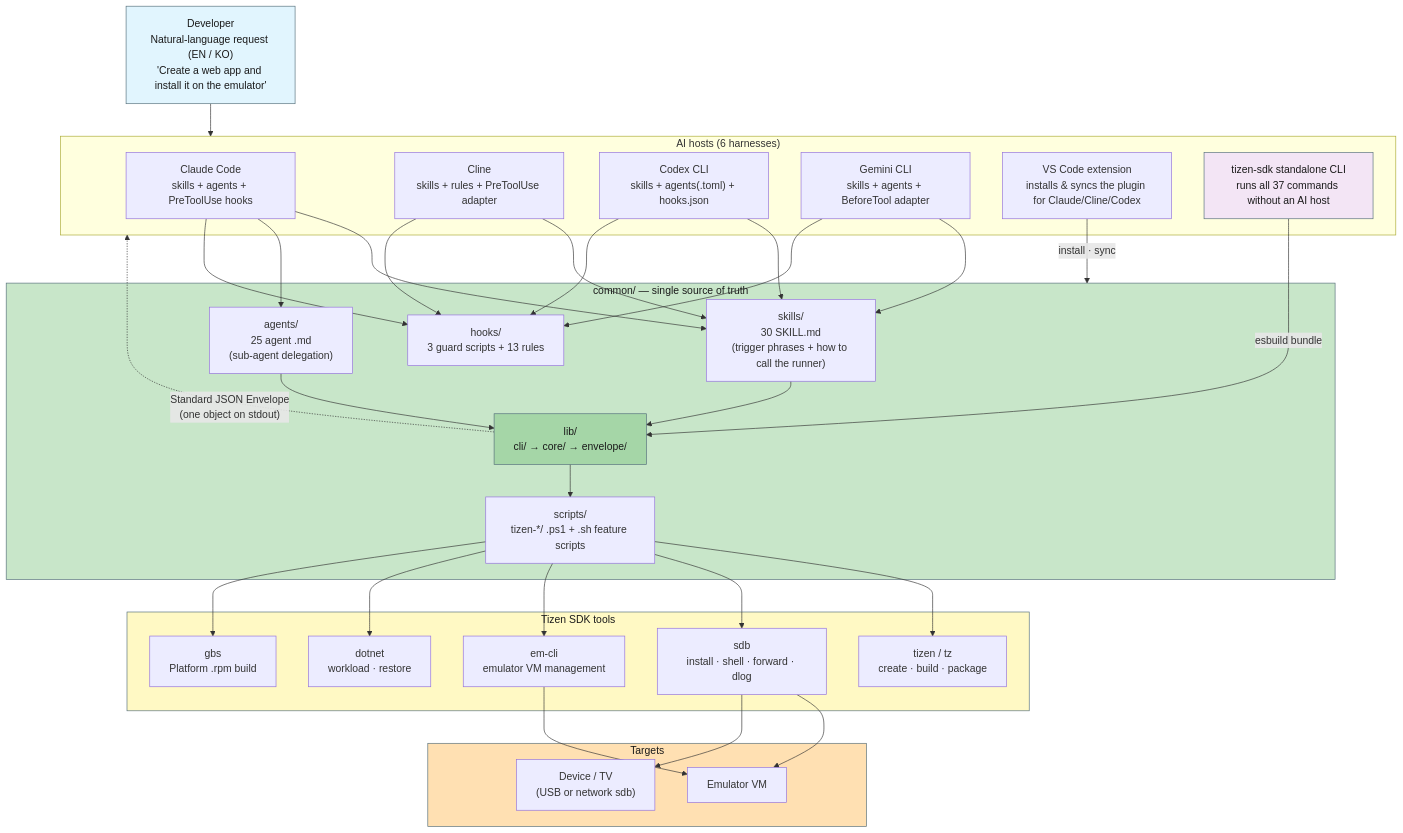
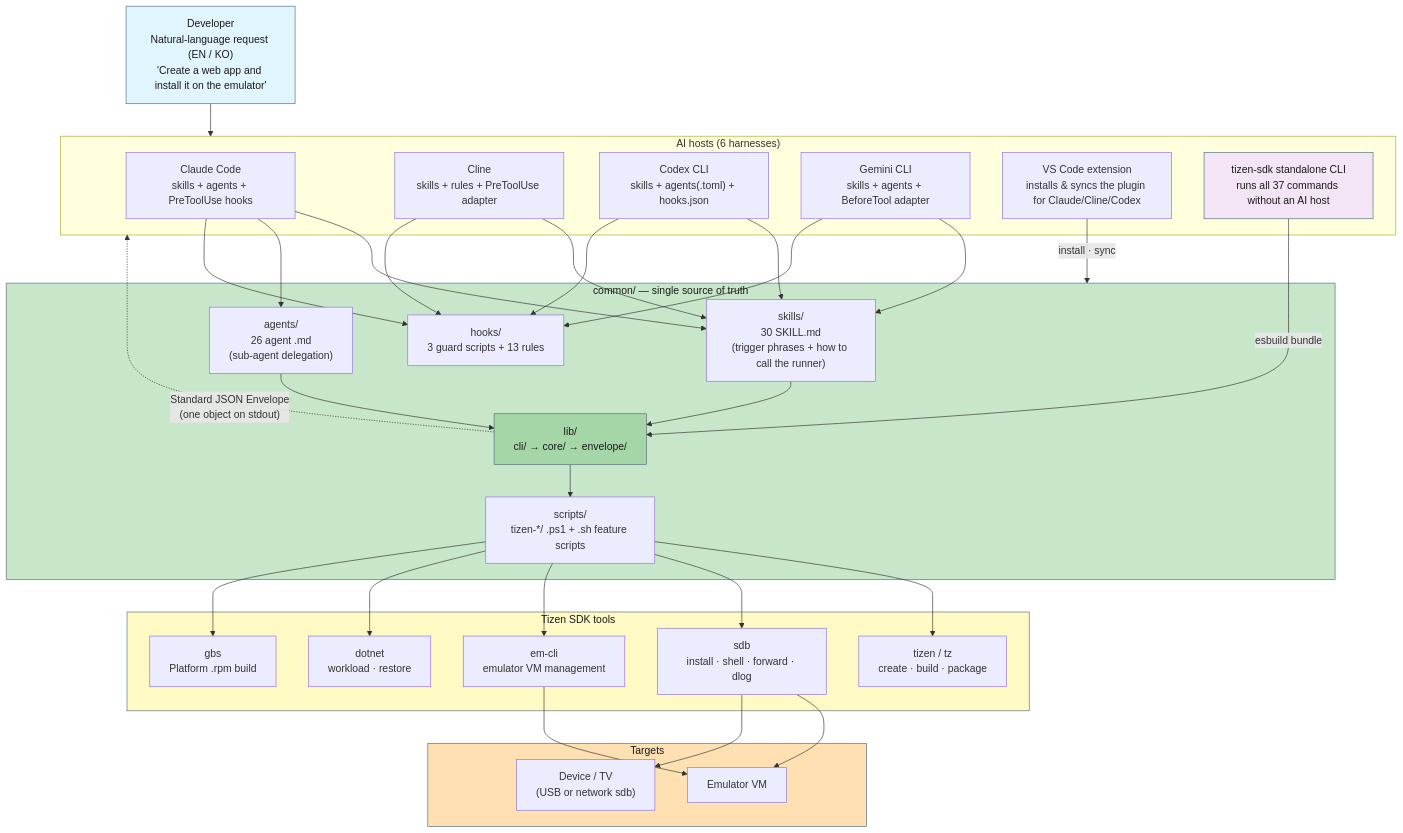
One commit to Samsung/tizen-agent-skills changed the first of 10 diagrams in tizen-sdk-skills/docs/ARCHITECTURE_DIAGRAMS.en.md. Above: the diagram before and after it, drawn with Mermaid. The commit also changed other lines of this file and 17 other files, not shown here.

````diff
--- a/tizen-sdk-skills/docs/ARCHITECTURE_DIAGRAMS.en.md
+++ b/tizen-sdk-skills/docs/ARCHITECTURE_DIAGRAMS.en.md
@@ -15,55 +15,55 @@
 ```mermaid
 graph TB
     USER["Developer<br/>Natural-language request (EN / KO)<br/>'Create a web app and install it on the emulator'"]
 
     subgraph HOSTS["AI hosts (6 harnesses)"]
         CLAUDE["Claude Code<br/>skills + agents + PreToolUse hooks"]
         CLINE["Cline<br/>skills + rules + PreToolUse adapter"]
         CODEX["Codex CLI<br/>skills + agents(.toml) + hooks.json"]
         GEMINI["Gemini CLI<br/>skills + agents + BeforeTool adapter"]
         VSCODE["VS Code extension<br/>installs & syncs the plugin for Claude/Cline/Codex"]
         CLI["tizen-sdk standalone CLI<br/>runs all 37 commands without an AI host"]
     end
 
     subgraph COMMON["common/ — single source of truth"]
         SKILLS["skills/<br/>30 SKILL.md<br/>(trigger phrases + how to call the runner)"]
-        AGENTS["agents/<br/>25 agent .md<br/>(sub-agent delegation)"]
+        AGENTS["agents/<br/>26 agent .md<br/>(sub-agent delegation)"]
         HOOKS["hooks/<br/>3 guard scripts + 13 rules"]
         LIB["lib/<br/>cli/ → core/ → envelope/"]
         SCRIPTS["scripts/<br/>tizen-*/ .ps1 + .sh feature scripts"]
     end
 
     subgraph SDK["Tizen SDK tools"]
         TZ["tizen / tz<br/>create · build · package"]
         SDB["sdb<br/>install · shell · forward · dlog"]
         EMCLI["em-cli<br/>emulator VM management"]
         DOTNET["dotnet<br/>workload · restore"]
         GBS["gbs<br/>Platform .rpm build"]
     end
 
     subgraph TARGET["Targets"]
         EMU["Emulator VM"]
         DEV["Device / TV<br/>(USB or network sdb)"]
     end
 
     USER --> HOSTS
     CLAUDE & CLINE & CODEX & GEMINI --> SKILLS
     CLAUDE --> AGENTS
     CLAUDE & CLINE & CODEX & GEMINI --> HOOKS
     VSCODE -->|"install · sync"| COMMON
     SKILLS --> LIB
     AGENTS --> LIB
     CLI -->|"esbuild bundle"| LIB
     LIB --> SCRIPTS
     SCRIPTS --> TZ & SDB & EMCLI & DOTNET & GBS
     SDB --> EMU & DEV
     EMCLI --> EMU
     LIB -.->|"Standard JSON Envelope<br/>(one object on stdout)"| HOSTS
 
     style USER fill:#e1f5fe,stroke:#546e7a,color:#1a1a1a
     style COMMON fill:#c8e6c9,stroke:#546e7a,color:#1a1a1a
     style LIB fill:#a5d6a7,stroke:#546e7a,color:#1a1a1a
     style SDK fill:#fff9c4,stroke:#546e7a,color:#1a1a1a
     style TARGET fill:#ffe0b2,stroke:#546e7a,color:#1a1a1a
     style CLI fill:#f3e5f5,stroke:#546e7a,color:#1a1a1a
 ```
````
